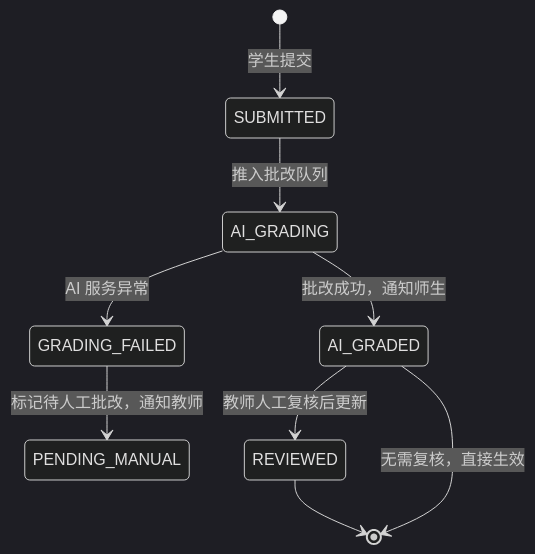
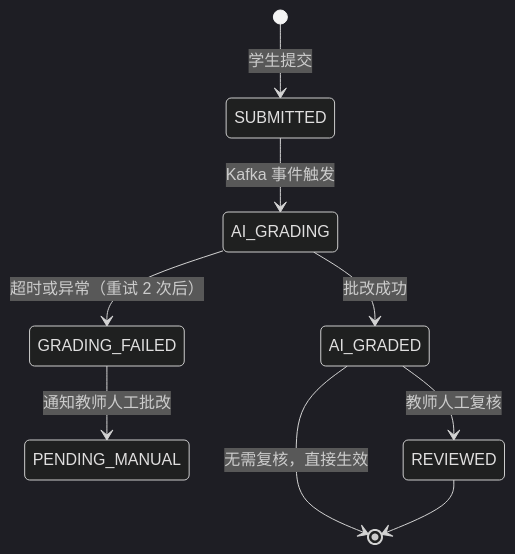
Diagram 11 of 20 in docs/design/SDD-CloudTeachingAI.md (xice-1201/CloudTeachingAI), drawn with Mermaid (dark theme) before and after one commit. The commit also changed other lines of this file, not shown here.

````diff
--- a/docs/design/SDD-CloudTeachingAI.md
+++ b/docs/design/SDD-CloudTeachingAI.md
@@ -660,11 +891,11 @@
 ```mermaid
 stateDiagram-v2
     [*] --> SUBMITTED : 学生提交
-    SUBMITTED --> AI_GRADING : 推入批改队列
-    AI_GRADING --> AI_GRADED : 批改成功，通知师生
-    AI_GRADING --> GRADING_FAILED : AI 服务异常
-    GRADING_FAILED --> PENDING_MANUAL : 标记待人工批改，通知教师
-    AI_GRADED --> REVIEWED : 教师人工复核后更新
+    SUBMITTED --> AI_GRADING : Kafka 事件触发
+    AI_GRADING --> AI_GRADED : 批改成功
+    AI_GRADING --> GRADING_FAILED : 超时或异常（重试 2 次后）
+    GRADING_FAILED --> PENDING_MANUAL : 通知教师人工批改
+    AI_GRADED --> REVIEWED : 教师人工复核
+    AI_GRADED --> [*] : 无需复核，直接生效
     REVIEWED --> [*]
-    AI_GRADED --> [*] : 无需复核，直接生效
 ```
````
